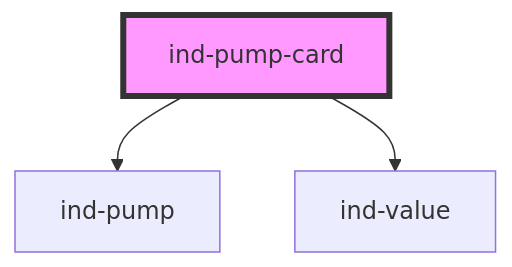
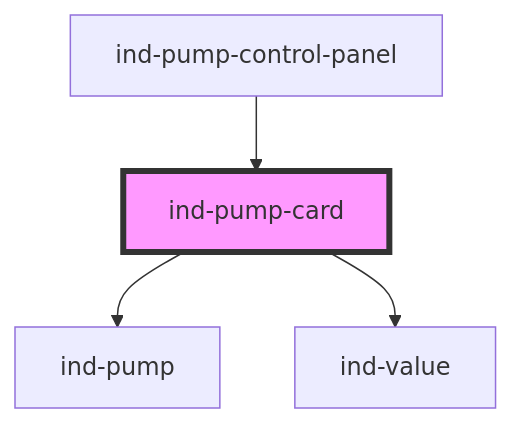
The diagram in packages/core/src/components/molecules/pump-card/readme.md (christophe77/in-ds), drawn with Mermaid before and after one commit. The commit also changed other lines of this file and 106 other files, not shown here.

````diff
--- a/packages/core/src/components/molecules/pump-card/readme.md
+++ b/packages/core/src/components/molecules/pump-card/readme.md
@@ -43,6 +47,7 @@
 ```mermaid
 graph TD;
   ind-pump-card --> ind-pump
   ind-pump-card --> ind-value
+  ind-pump-control-panel --> ind-pump-card
   style ind-pump-card fill:#f9f,stroke:#333,stroke-width:4px
 ```
````
